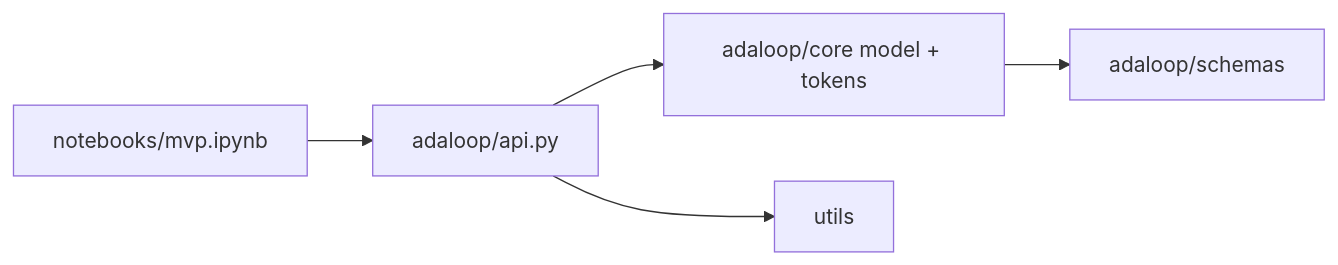
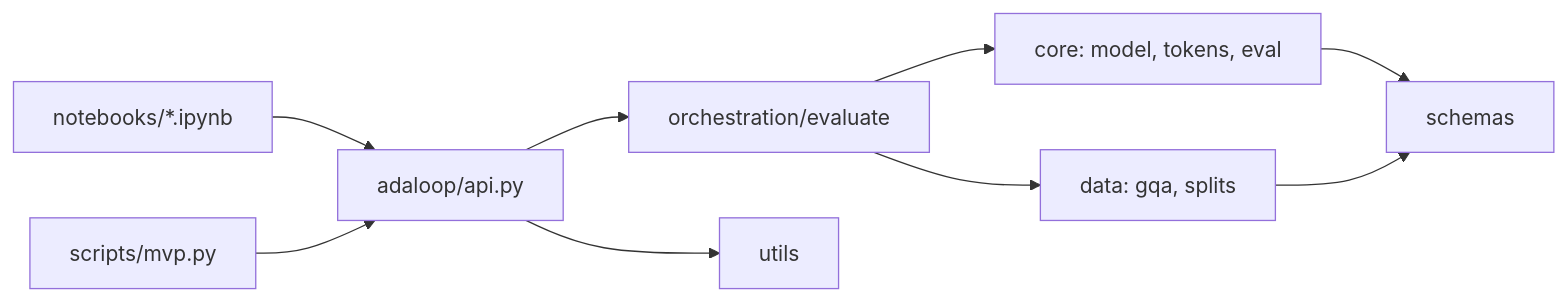
The diagram in docs/ai_context/CODEBASE_MAP.md (Vedaang-Chopra/CEREBRUS), drawn with Mermaid before and after one commit. The commit also changed other lines of this file and 5 other files, not shown here.

````diff
--- a/docs/ai_context/CODEBASE_MAP.md
+++ b/docs/ai_context/CODEBASE_MAP.md
@@ -14,7 +21,11 @@
 ```mermaid
 graph LR
-  NB[notebooks/mvp.ipynb] --> API[adaloop/api.py]
-  API --> CORE[adaloop/core model + tokens]
-  CORE --> SCHEMAS[adaloop/schemas]
+  NB[notebooks/*.ipynb] --> API[adaloop/api.py]
+  CLI[scripts/mvp.py] --> API
+  API --> ORCH[orchestration/evaluate]
+  ORCH --> CORE[core: model, tokens, eval]
+  ORCH --> DATA[data: gqa, splits]
+  CORE --> SCHEMAS[schemas]
+  DATA --> SCHEMAS
   API --> UTILS[utils]
 ```
````
